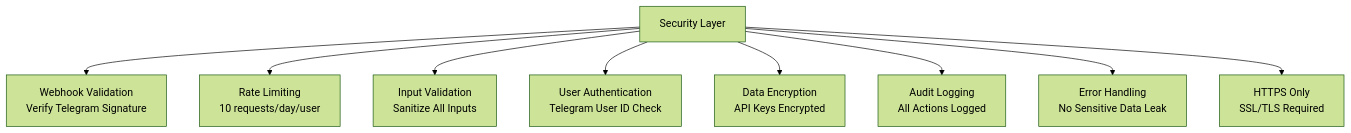
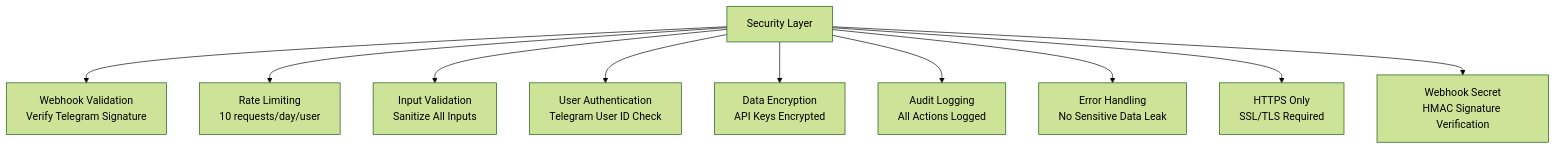
One commit to Sultanrayan/pkay-ai-analysis changed the tenth of 10 diagrams in README.md. Above: the diagram before and after it, drawn with Mermaid (forest theme). The commit also changed other lines of this file and 4 other files, not shown here.

````diff
--- a/README.md
+++ b/README.md
@@ -709,13 +808,14 @@
 ```mermaid
 graph TD
     SEC[Security Layer]
     
     SEC --> A1[Webhook Validation<br/>Verify Telegram Signature]
     SEC --> A2[Rate Limiting<br/>10 requests/day/user]
     SEC --> A3[Input Validation<br/>Sanitize All Inputs]
     SEC --> A4[User Authentication<br/>Telegram User ID Check]
     SEC --> A5[Data Encryption<br/>API Keys Encrypted]
     SEC --> A6[Audit Logging<br/>All Actions Logged]
     SEC --> A7[Error Handling<br/>No Sensitive Data Leak]
     SEC --> A8[HTTPS Only<br/>SSL/TLS Required]
+    SEC --> A9[Webhook Secret<br/>HMAC Signature Verification]
 ```
````
